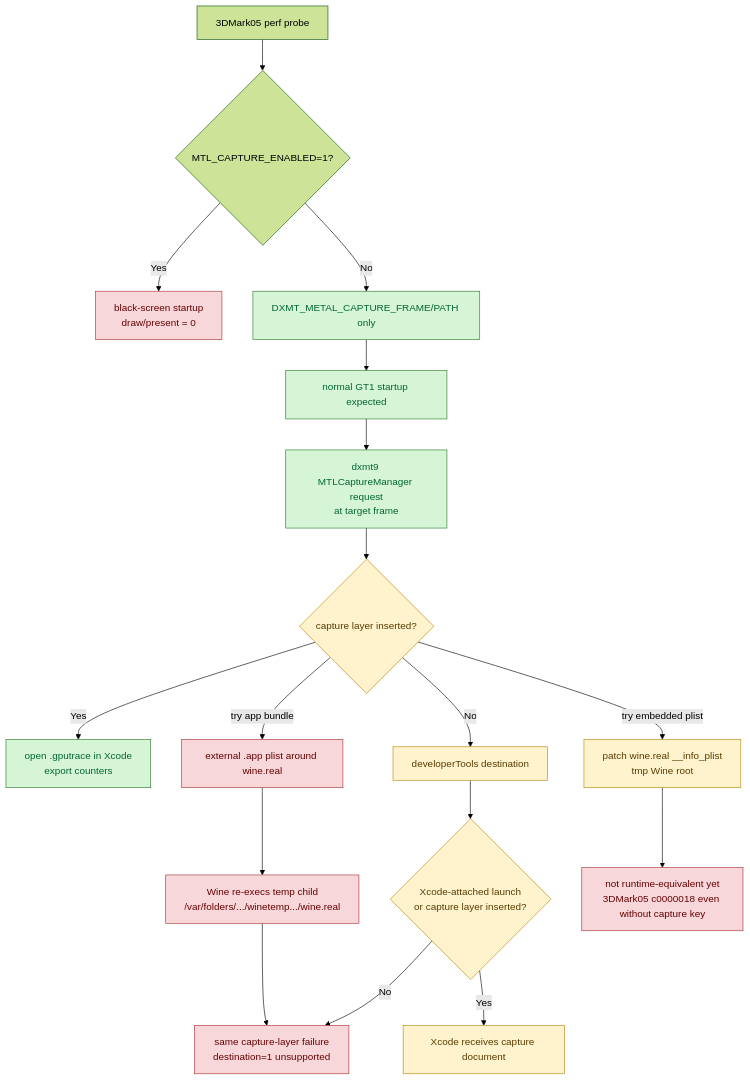
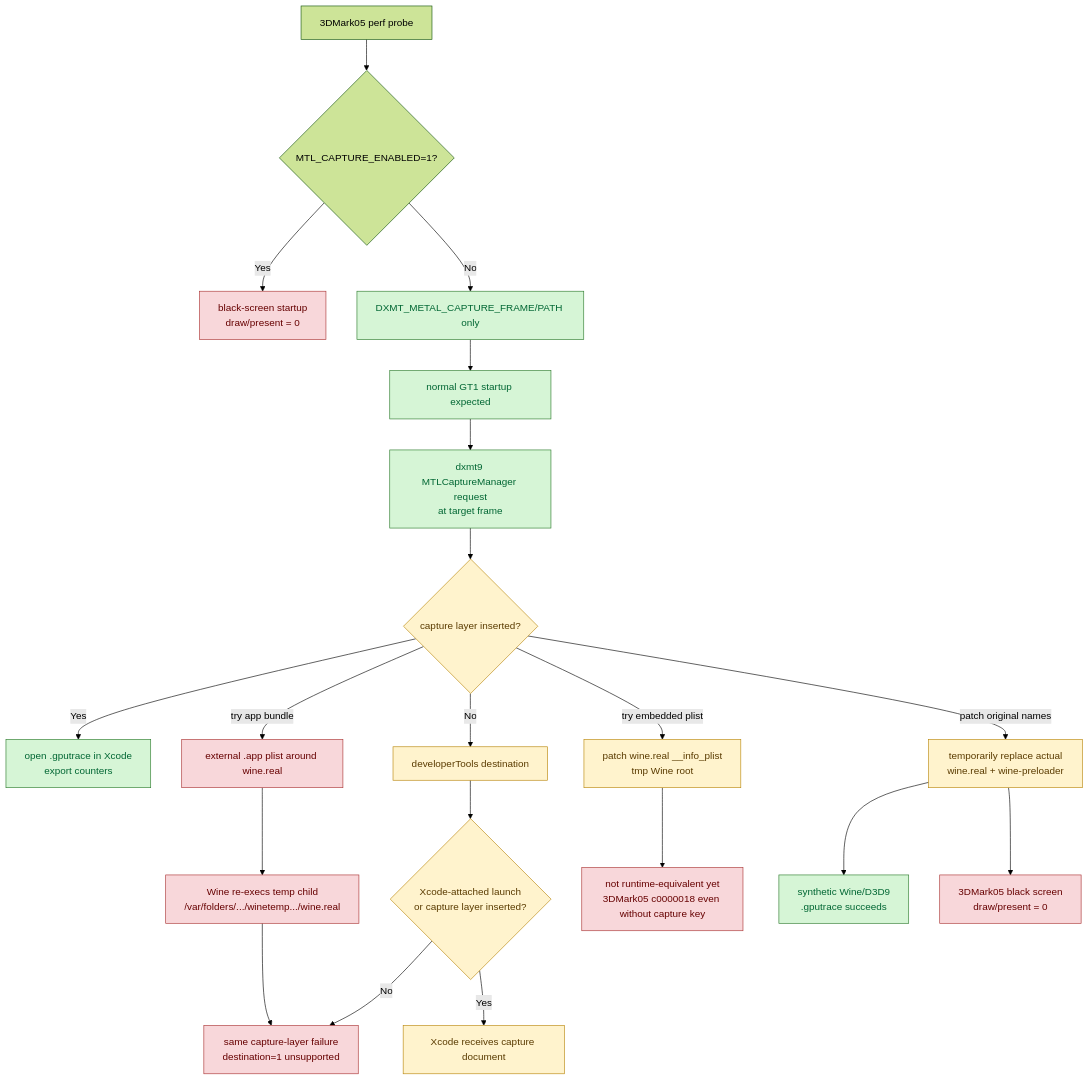
One commit to dfdgsdfg/dxmt9 changed the diagram in docs/perfomance/baselines/baselines-gputrace-capture.01.md. Above: the diagram before and after it, drawn with Mermaid (forest theme). The commit also changed other lines of this file and 20 other files, not shown here.

Commit message:
perf: add 3dmark05 system trace sidecar attribution

````diff
--- a/docs/perfomance/baselines/baselines-gputrace-capture.01.md
+++ b/docs/perfomance/baselines/baselines-gputrace-capture.01.md
@@ -175,26 +196,29 @@
 ```mermaid
 flowchart TD
   Start["3DMark05 perf probe"] --> CaptureEnv{"MTL_CAPTURE_ENABLED=1?"}
   CaptureEnv -- "Yes" --> Black["black-screen startup<br/>draw/present = 0"]
   CaptureEnv -- "No" --> DxmtCapture["DXMT_METAL_CAPTURE_FRAME/PATH only"]
   DxmtCapture --> Normal["normal GT1 startup expected"]
   Normal --> GpuTrace["dxmt9 MTLCaptureManager request<br/>at target frame"]
   GpuTrace --> Layer{"capture layer inserted?"}
   Layer -- "Yes" --> Xcode["open .gputrace in Xcode<br/>export counters"]
   Layer -- "No" --> DevTools["developerTools destination"]
   DevTools --> DevLayer{"Xcode-attached launch<br/>or capture layer inserted?"}
   DevLayer -- "No" --> DevFail["same capture-layer failure<br/>destination=1 unsupported"]
   DevLayer -- "Yes" --> XcodeCapture["Xcode receives capture document"]
   Layer -- "try app bundle" --> AppBundle["external .app plist around wine.real"]
   AppBundle --> WineTemp["Wine re-execs temp child<br/>/var/folders/.../winetemp.../wine.real"]
   WineTemp --> DevFail
   Layer -- "try embedded plist" --> TmpRoot["patch wine.real __info_plist<br/>tmp Wine root"]
   TmpRoot --> TmpInvalid["not runtime-equivalent yet<br/>3DMark05 c0000018 even without capture key"]
+  Layer -- "patch original names" --> WineNamePatch["temporarily replace actual<br/>wine.real + wine-preloader"]
+  WineNamePatch --> SyntheticOk["synthetic Wine/D3D9<br/>.gputrace succeeds"]
+  WineNamePatch --> ThreeDMarkBlack["3DMark05 black screen<br/>draw/present = 0"]
 
   classDef accepted fill:#d6f5d6,stroke:#2b7a2b,color:#063
   classDef pending fill:#fff3cd,stroke:#b8860b,color:#5a3b00
   classDef rejected fill:#f8d7da,stroke:#a33,color:#600
-  class DxmtCapture,Normal,GpuTrace,Xcode accepted
-  class Layer,DevTools,DevLayer,XcodeCapture,TmpRoot pending
-  class Black,DevFail,AppBundle,WineTemp,TmpInvalid rejected
+  class DxmtCapture,Normal,GpuTrace,Xcode,SyntheticOk accepted
+  class Layer,DevTools,DevLayer,XcodeCapture,TmpRoot,WineNamePatch pending
+  class Black,DevFail,AppBundle,WineTemp,TmpInvalid,ThreeDMarkBlack rejected
 ```
````
